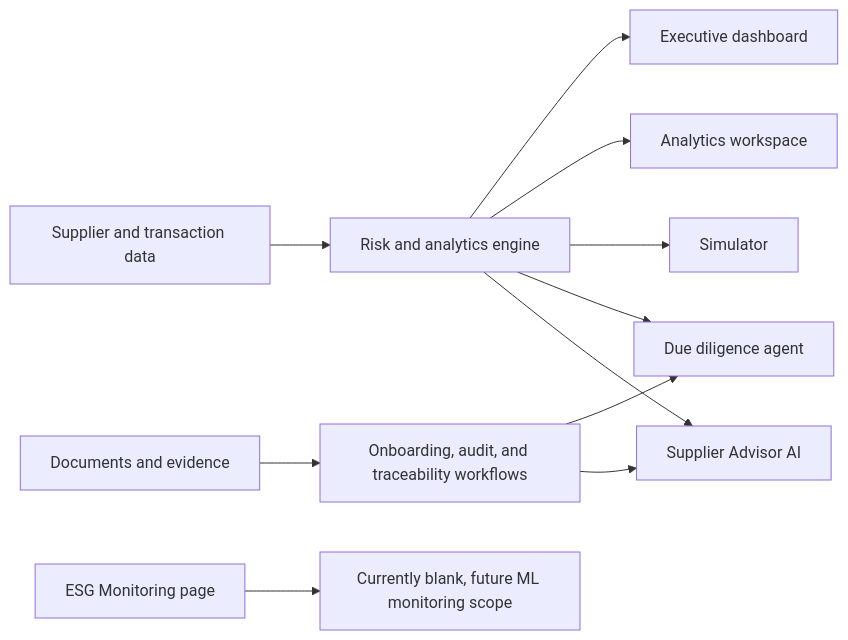
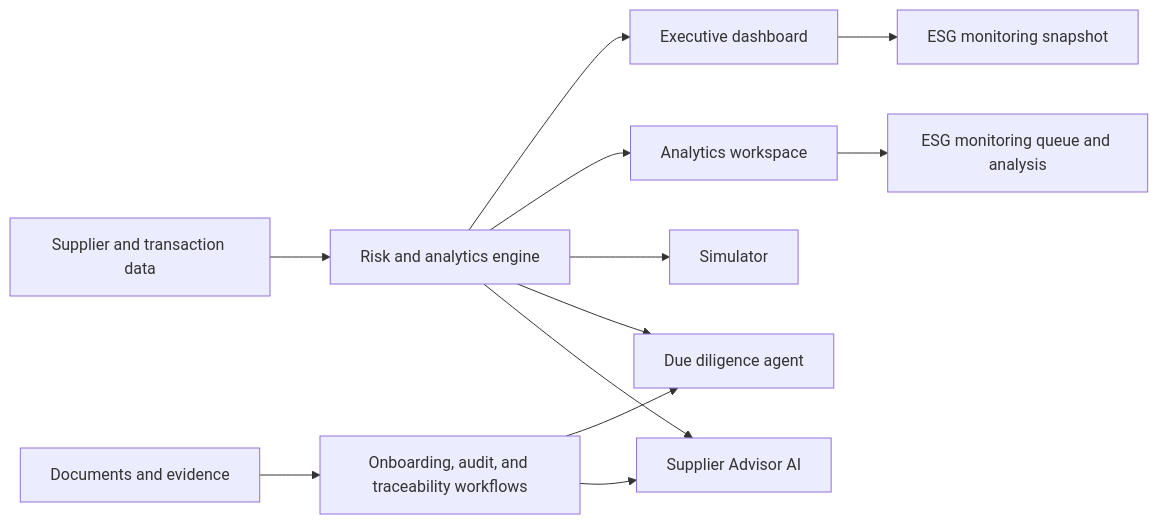
Before and after one commit to chaitu713/supplier-intelligence-react-v2: the first of 3 diagrams in docs/FUNCTIONAL_DOCUMENTATION.md, drawn with Mermaid. The commit also changed other lines of this file and 61 other files, not shown here.

````diff
--- a/docs/FUNCTIONAL_DOCUMENTATION.md
+++ b/docs/FUNCTIONAL_DOCUMENTATION.md
@@ -32,13 +32,14 @@
 ```mermaid
 flowchart LR
     A["Supplier and transaction data"] --> B["Risk and analytics engine"]
     C["Documents and evidence"] --> D["Onboarding, audit, and traceability workflows"]
     B --> E["Executive dashboard"]
     B --> F["Analytics workspace"]
     B --> G["Simulator"]
     D --> H["Due diligence agent"]
     B --> H
     D --> I["Supplier Advisor AI"]
     B --> I
-    J["ESG Monitoring page"] --> K["Currently blank, future ML monitoring scope"]
+    E --> J["ESG monitoring snapshot"]
+    F --> K["ESG monitoring queue and analysis"]
 ```
````
